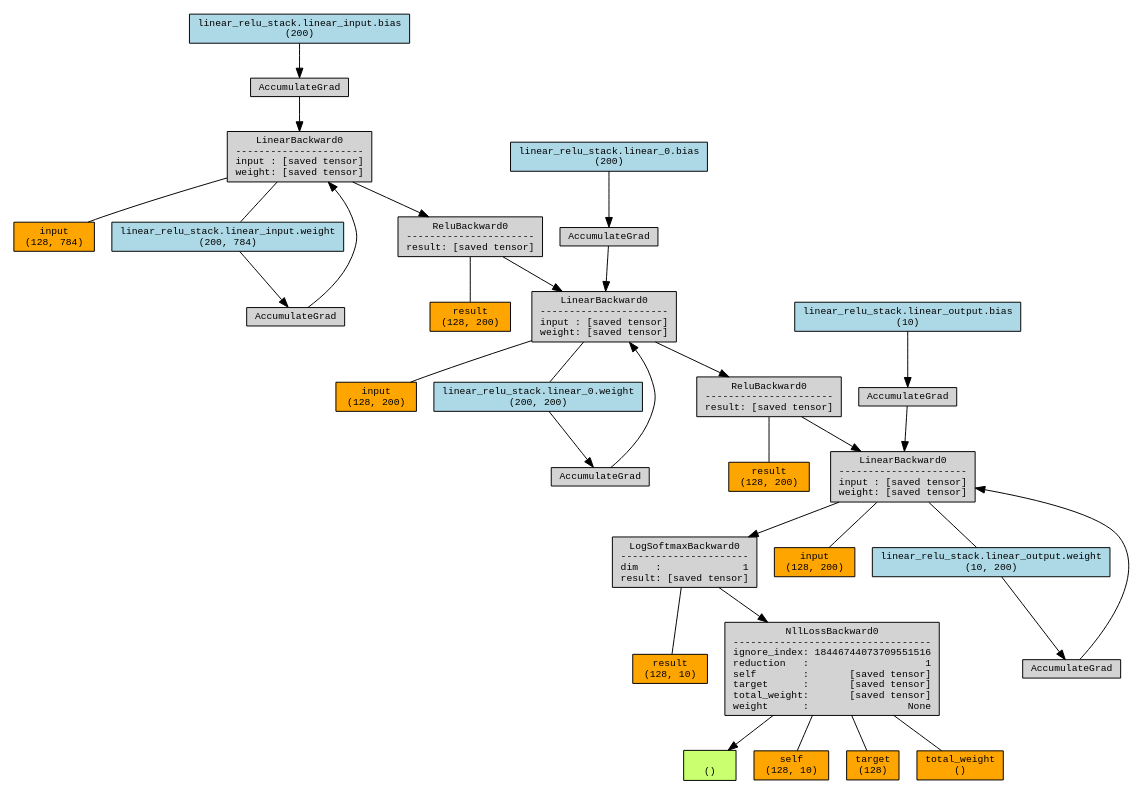
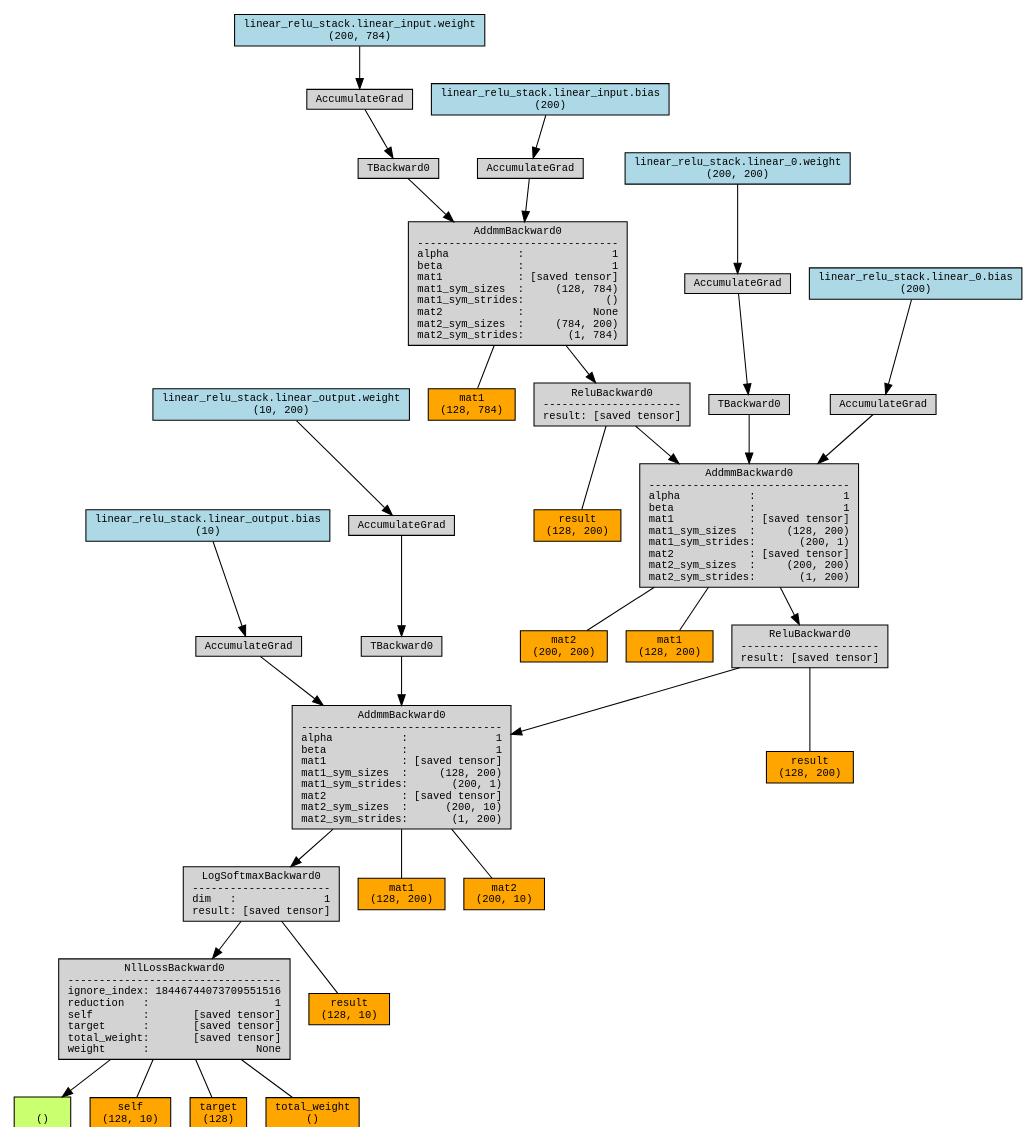
One commit to rojagtap/intrinsic-dimension-of-deep-learning-tasks changed the diagram in src/intrinsic_dimension/experiments/mnist/plot/baseline.gv. Above: the diagram before and after it, drawn with Graphviz. The commit also changed 5 other files, not shown here.

```diff
--- a/src/intrinsic_dimension/experiments/mnist/plot/baseline.gv
+++ b/src/intrinsic_dimension/experiments/mnist/plot/baseline.gv
@@ -1,109 +1,130 @@
 digraph {
 	graph [size="12,12"]
 	node [align=left fontname=monospace fontsize=10 height=0.2 ranksep=0.1 shape=box style=filled]
-	5763694736 [label="
+	127756173671888 [label="
  ()" fillcolor=darkolivegreen1]
-	5765884768 -> 5761254160 [dir=none]
-	5761254160 [label="self
+	127756173932624 -> 127756735235072 [dir=none]
+	127756735235072 [label="self
  (128, 10)" fillcolor=orange]
-	5765884768 -> 5203389760 [dir=none]
-	5203389760 [label="target
+	127756173932624 -> 127756736851104 [dir=none]
+	127756736851104 [label="target
  (128)" fillcolor=orange]
-	5765884768 -> 5765661296 [dir=none]
-	5765661296 [label="total_weight
+	127756173932624 -> 127756735239872 [dir=none]
+	127756735239872 [label="total_weight
  ()" fillcolor=orange]
-	5765884768 [label="NllLossBackward0
+	127756173932624 [label="NllLossBackward0
 ----------------------------------
 ignore_index: 18446744073709551516
 reduction   :                    1
 self        :       [saved tensor]
 target      :       [saved tensor]
 total_weight:       [saved tensor]
 weight      :                 None"]
-	5765886976 -> 5765884768
-	5765886976 -> 5765673856 [dir=none]
-	5765673856 [label="result
+	127756173931040 -> 127756173932624
+	127756173931040 -> 127756735237552 [dir=none]
+	127756735237552 [label="result
  (128, 10)" fillcolor=orange]
-	5765886976 [label="LogSoftmaxBackward0
+	127756173931040 [label="LogSoftmaxBackward0
 ----------------------
 dim   :              1
 result: [saved tensor]"]
-	5765886928 -> 5765886976
-	5765886928 -> 5203427792 [dir=none]
-	5203427792 [label="input
+	127756173931904 -> 127756173931040
+	127756173931904 -> 127756175142048 [dir=none]
+	127756175142048 [label="mat1
  (128, 200)" fillcolor=orange]
-	5765886928 -> 5203389600 [dir=none]
-	5203389600 [label="weight
- (10, 200)" fillcolor=orange]
-	5765886928 [label="LinearBackward0
-----------------------
-input : [saved tensor]
-weight: [saved tensor]"]
-	5765887792 -> 5765886928
-	5765887792 -> 5765669056 [dir=none]
-	5765669056 [label="result
+	127756173931904 -> 127756735234192 [dir=none]
+	127756735234192 [label="mat2
+ (200, 10)" fillcolor=orange]
+	127756173931904 [label="AddmmBackward0
+--------------------------------
+alpha           :              1
+beta            :              1
+mat1            : [saved tensor]
+mat1_sym_sizes  :     (128, 200)
+mat1_sym_strides:       (200, 1)
+mat2            : [saved tensor]
+mat2_sym_sizes  :      (200, 10)
+mat2_sym_strides:       (1, 200)"]
+	127756173933056 -> 127756173931904
+	127756736850784 [label="linear_relu_stack.linear_output.bias
+ (10)" fillcolor=lightblue]
+	127756736850784 -> 127756173933056
+	127756173933056 [label=AccumulateGrad]
+	127756173933008 -> 127756173931904
+	127756173933008 -> 127756173378800 [dir=none]
+	127756173378800 [label="result
  (128, 200)" fillcolor=orange]
-	5765887792 [label="ReluBackward0
+	127756173933008 [label="ReluBackward0
 ----------------------
 result: [saved tensor]"]
-	5765887840 -> 5765887792
-	5765887840 -> 5765512496 [dir=none]
-	5765512496 [label="input
+	127756173930560 -> 127756173933008
+	127756173930560 -> 127756175144448 [dir=none]
+	127756175144448 [label="mat1
  (128, 200)" fillcolor=orange]
-	5765887840 -> 5203389440 [dir=none]
-	5203389440 [label="weight
+	127756173930560 -> 127756175672640 [dir=none]
+	127756175672640 [label="mat2
  (200, 200)" fillcolor=orange]
-	5765887840 [label="LinearBackward0
-----------------------
-input : [saved tensor]
-weight: [saved tensor]"]
-	5765887888 -> 5765887840
-	5765887888 -> 5765940144 [dir=none]
-	5765940144 [label="result
+	127756173930560 [label="AddmmBackward0
+--------------------------------
+alpha           :              1
+beta            :              1
+mat1            : [saved tensor]
+mat1_sym_sizes  :     (128, 200)
+mat1_sym_strides:       (200, 1)
+mat2            : [saved tensor]
+mat2_sym_sizes  :     (200, 200)
+mat2_sym_strides:       (1, 200)"]
+	127756173933536 -> 127756173930560
+	127756736851504 [label="linear_relu_stack.linear_0.bias
+ (200)" fillcolor=lightblue]
+	127756736851504 -> 127756173933536
+	127756173933536 [label=AccumulateGrad]
+	127756173932192 -> 127756173930560
+	127756173932192 -> 127756735242752 [dir=none]
+	127756735242752 [label="result
  (128, 200)" fillcolor=orange]
-	5765887888 [label="ReluBackward0
+	127756173932192 [label="ReluBackward0
 ----------------------
 result: [saved tensor]"]
-	5765888080 -> 5765887888
-	5765888080 -> 5203389680 [dir=none]
-	5203389680 [label="input
+	127756173933488 -> 127756173932192
+	127756173933488 -> 127756178093088 [dir=none]
+	127756178093088 [label="mat1
  (128, 784)" fillcolor=orange]
-	5765888080 -> 5763054336 [dir=none]
-	5763054336 [label="weight
- (200, 784)" fillcolor=orange]
-	5765888080 [label="LinearBackward0
-----------------------
-input : [saved tensor]
-weight: [saved tensor]"]
-	5765888176 -> 5765888080
-	5763054336 [label="linear_relu_stack.linear_input.weight
+	127756173933488 [label="AddmmBackward0
+--------------------------------
+alpha           :              1
+beta            :              1
+mat1            : [saved tensor]
+mat1_sym_sizes  :     (128, 784)
+mat1_sym_strides:             ()
+mat2            :           None
+mat2_sym_sizes  :     (784, 200)
+mat2_sym_strides:       (1, 784)"]
+	127756173933824 -> 127756173933488
+	127756173378480 [label="linear_relu_stack.linear_input.bias
+ (200)" fillcolor=lightblue]
+	127756173378480 -> 127756173933824
+	127756173933824 [label=AccumulateGrad]
+	127756173933776 -> 127756173933488
+	127756173933776 [label=TBackward0]
+	127756173933872 -> 127756173933776
+	127756176748240 [label="linear_relu_stack.linear_input.weight
  (200, 784)" fillcolor=lightblue]
-	5763054336 -> 5765888176
-	5765888176 [label=AccumulateGrad]
-	5765888128 -> 5765888080
-	4402687456 [label="linear_relu_stack.linear_input.bias
- (200)" fillcolor=lightblue]
-	4402687456 -> 5765888128
-	5765888128 [label=AccumulateGrad]
-	5765887744 -> 5765887840
-	5203389440 [label="linear_relu_stack.linear_0.weight
+	127756176748240 -> 127756173933872
+	127756173933872 [label=AccumulateGrad]
+	127756173933248 -> 127756173930560
+	127756173933248 [label=TBackward0]
+	127756173933920 -> 127756173933248
+	127756736844944 [label="linear_relu_stack.linear_0.weight
  (200, 200)" fillcolor=lightblue]
-	5203389440 -> 5765887744
-	5765887744 [label=AccumulateGrad]
-	5765887216 -> 5765887840
-	5203389520 [label="linear_relu_stack.linear_0.bias
- (200)" fillcolor=lightblue]
-	5203389520 -> 5765887216
-	5765887216 [label=AccumulateGrad]
-	5765887600 -> 5765886928
-	5203389600 [label="linear_relu_stack.linear_output.weight
+	127756736844944 -> 127756173933920
+	127756173933920 [label=AccumulateGrad]
+	127756173932672 -> 127756173931904
+	127756173932672 [label=TBackward0]
+	127756173933728 -> 127756173932672
+	127756736850864 [label="linear_relu_stack.linear_output.weight
  (10, 200)" fillcolor=lightblue]
-	5203389600 -> 5765887600
-	5765887600 [label=AccumulateGrad]
-	5765887168 -> 5765886928
-	5203379520 [label="linear_relu_stack.linear_output.bias
- (10)" fillcolor=lightblue]
-	5203379520 -> 5765887168
-	5765887168 [label=AccumulateGrad]
-	5765884768 -> 5763694736
+	127756736850864 -> 127756173933728
+	127756173933728 [label=AccumulateGrad]
+	127756173932624 -> 127756173671888
 }
```
